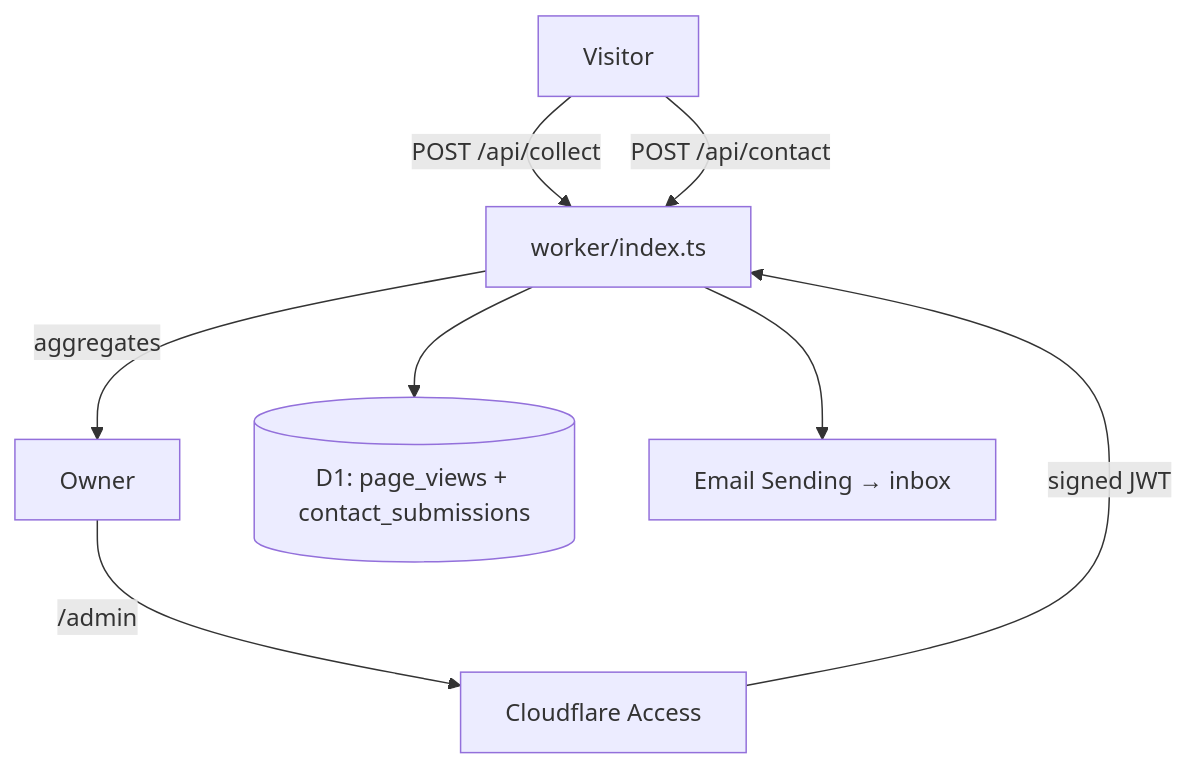
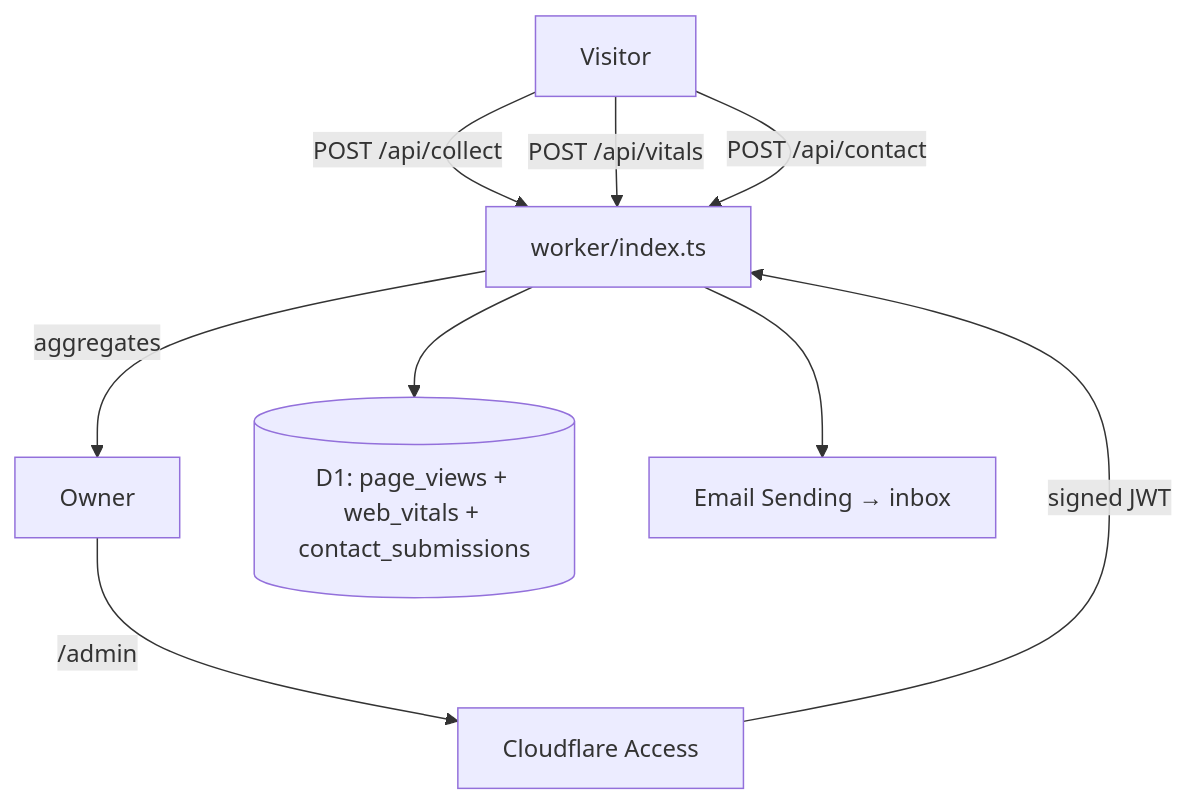
Before and after one commit to jerdog/thomasmeiss.video: the second of 2 diagrams in docs/plan.md, drawn with Mermaid. The commit also changed other lines of this file and 14 other files, not shown here.

First line of the commit message:
feat: Web Vitals panel on the admin dashboard

````diff
--- a/docs/plan.md
+++ b/docs/plan.md
@@ -339,17 +343,18 @@
 ```mermaid
 flowchart TB
   Visitor["Visitor"]
   Owner["Owner"]
   Access["Cloudflare Access"]
   Worker["worker/index.ts"]
-  D1[("D1: page_views + contact_submissions")]
+  D1[("D1: page_views + web_vitals + contact_submissions")]
   Email["Email Sending → inbox"]
 
   Visitor -->|"POST /api/collect"| Worker
+  Visitor -->|"POST /api/vitals"| Worker
   Visitor -->|"POST /api/contact"| Worker
   Worker --> D1
   Worker --> Email
   Owner -->|"/admin"| Access
   Access -->|"signed JWT"| Worker
   Worker -->|"aggregates"| Owner
 ```
````
